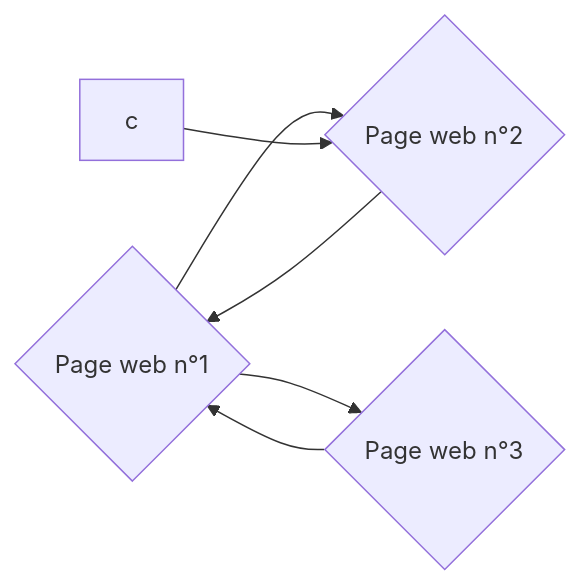
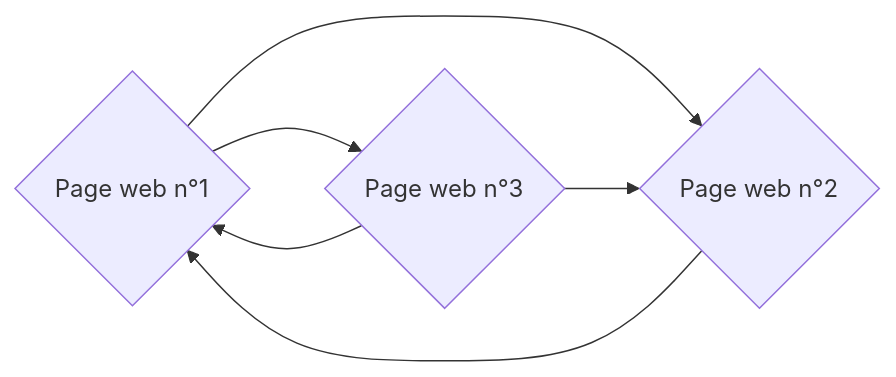
Before and after one commit to boddaert/snt: the first of 3 diagrams in seconde/Web/Moteurs_de_recherche.md, drawn with Mermaid. The commit also changed other lines of this file, not shown here.

````diff
--- a/seconde/Web/Moteurs_de_recherche.md
+++ b/seconde/Web/Moteurs_de_recherche.md
@@ -58,11 +58,11 @@
 ```mermaid
   graph LR;
-      A{Page web n°1};
-      B{Page web n°2};
-      C{Page web n°3};
-      A-->B;
-      B-->A;
-      A-->C;
-      C-->A;
-      c-->B;
+    A{Page web n°1};
+    B{Page web n°2};
+    C{Page web n°3};
+    A-->B;
+    B-->A;
+    A-->C;
+    C-->A;
+    C-->B;
 ```
````
